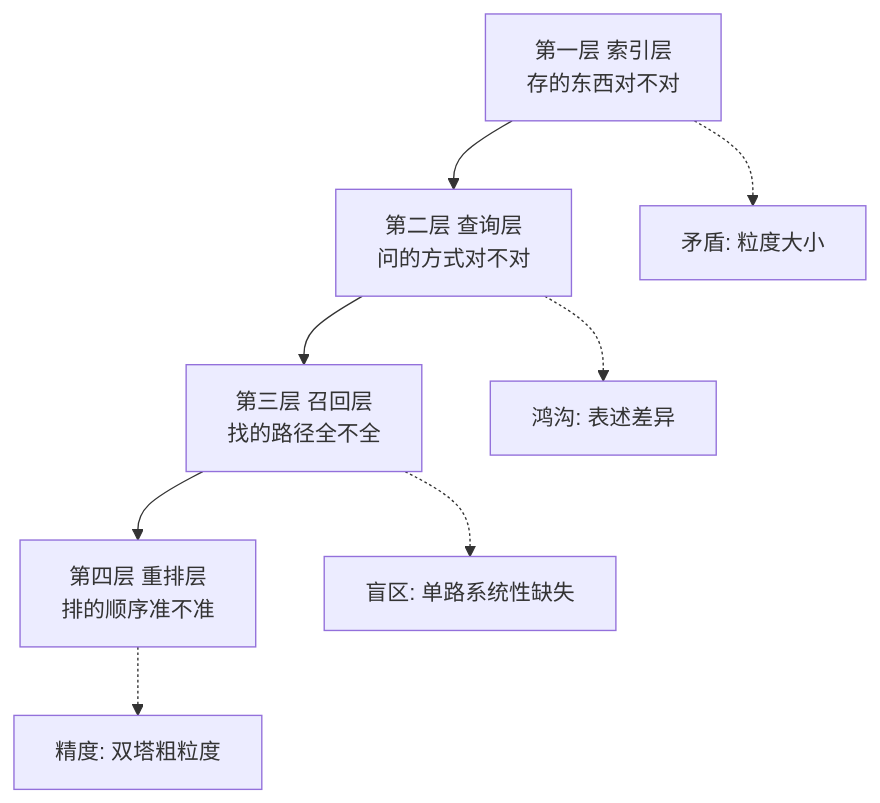
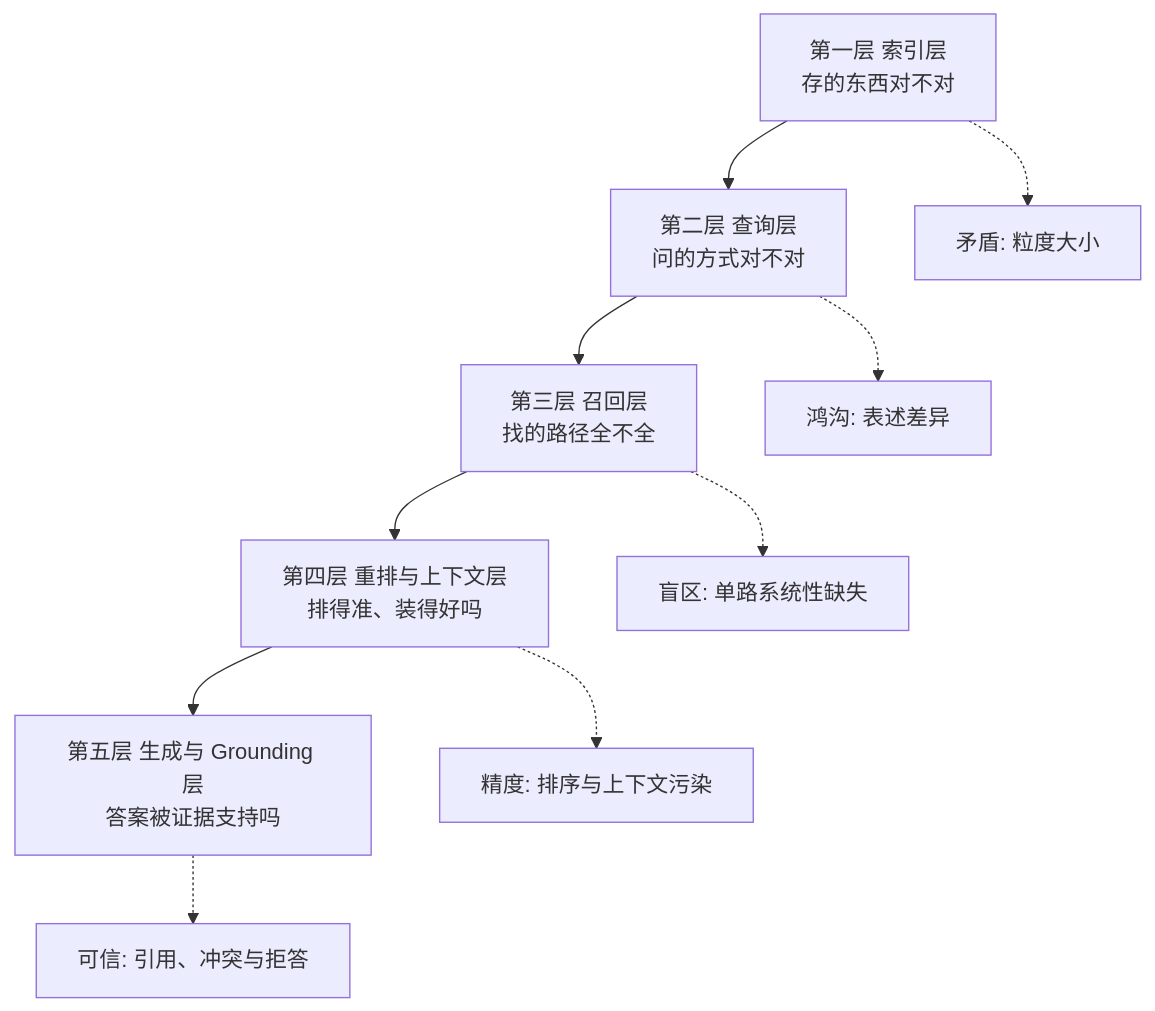
The first of 3 diagrams in docs/rag/14-retrieval-optimization.md (oneleaveknowsthefall/awesome-ai-roadmap), drawn with Mermaid before and after one commit. The commit also changed other lines of this file and 77 other files, not shown here.

Commit message:
docs: audit and modernize the AI roadmap

````diff
--- a/docs/rag/14-retrieval-optimization.md
+++ b/docs/rag/14-retrieval-optimization.md
@@ -11,11 +11,13 @@
 ```mermaid
 flowchart TB
     L1[第一层 索引层<br/>存的东西对不对] --> L2[第二层 查询层<br/>问的方式对不对]
     L2 --> L3[第三层 召回层<br/>找的路径全不全]
-    L3 --> L4[第四层 重排层<br/>排的顺序准不准]
+    L3 --> L4[第四层 重排与上下文层<br/>排得准、装得好吗]
+    L4 --> L5[第五层 生成与 Grounding 层<br/>答案被证据支持吗]
 
     L1 -.-> P1[矛盾: 粒度大小]
     L2 -.-> P2[鸿沟: 表述差异]
     L3 -.-> P3[盲区: 单路系统性缺失]
-    L4 -.-> P4[精度: 双塔粗粒度]
+    L4 -.-> P4[精度: 排序与上下文污染]
+    L5 -.-> P5[可信: 引用、冲突与拒答]
 ```
````
